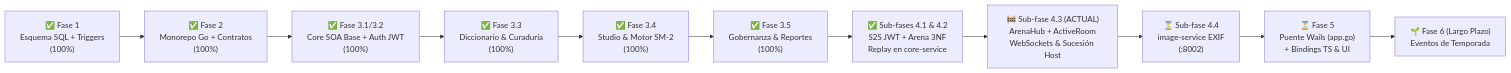
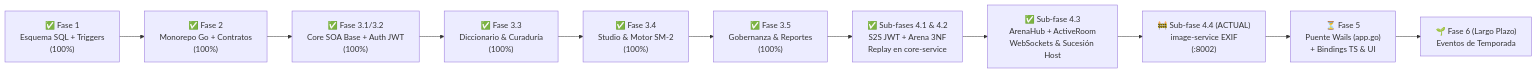
The diagram in .context/PLAN.md (OGShawnLee/palabrario), drawn with Mermaid before and after one commit. The commit also changed other lines of this file and 9 other files, not shown here.

First line of the commit message:
feat(realtime): implement ArenaHub in RAM, WebSocket state machine, and S2S batch flush (CU15, RN10, RNF-CON-02)

````diff
--- a/.context/PLAN.md
+++ b/.context/PLAN.md
@@ -29,13 +29,13 @@
 ```mermaid
 flowchart LR
     F1["✅ Fase 1\nEsquema SQL + Triggers\n(100%)"] --> F2["✅ Fase 2\nMonorepo Go + Contratos\n(100%)"]
     F2 --> F31["✅ Fase 3.1/3.2\nCore SOA Base + Auth JWT\n(100%)"]
     F31 --> F33["✅ Fase 3.3\nDiccionario & Curaduría\n(100%)"]
     F33 --> F34["✅ Fase 3.4\nStudio & Motor SM-2\n(100%)"]
     F34 --> F35["✅ Fase 3.5\nGobernanza & Reportes\n(100%)"]
     F35 --> F41["✅ Sub-fases 4.1 & 4.2\nS2S JWT + Arena 3NF\nReplay en core-service"]
-    F41 --> F43["🚧 Sub-fase 4.3 (ACTUAL)\nArenaHub + ActiveRoom\nWebSockets & Sucesión Host"]
-    F43 --> F44["⏳ Sub-fase 4.4\nimage-service EXIF\n(:8002)"]
+    F41 --> F43["✅ Sub-fase 4.3\nArenaHub + ActiveRoom\nWebSockets & Sucesión Host"]
+    F43 --> F44["🚧 Sub-fase 4.4 (ACTUAL)\nimage-service EXIF\n(:8002)"]
     F44 --> F5["⏳ Fase 5\nPuente Wails (app.go)\n+ Bindings TS & UI"]
     F5 --> F6["🌱 Fase 6 (Largo Plazo)\nEventos de Temporada"]
 ```
````
